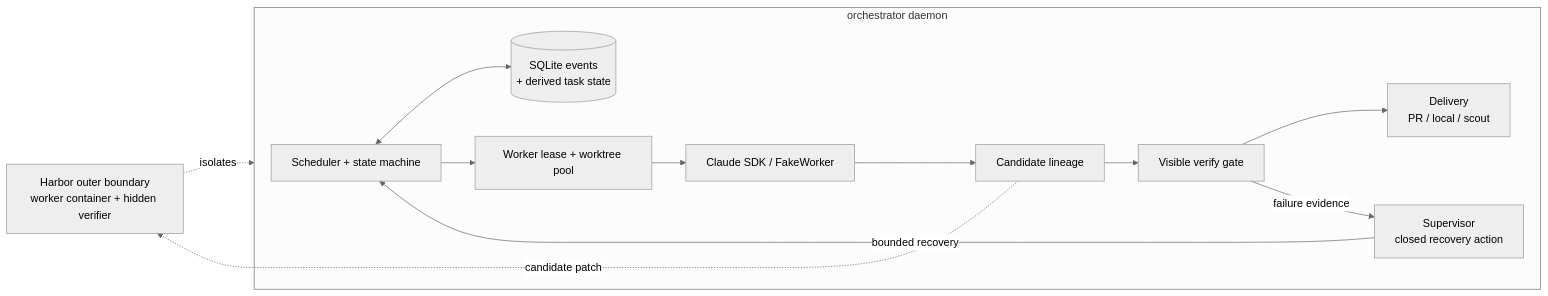
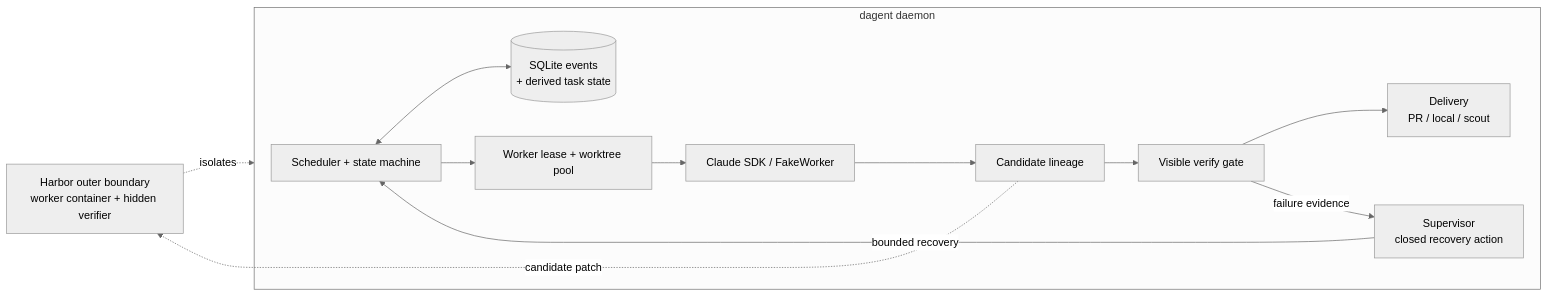
One commit to parkergurney/DAGent changed the diagram in README.md. Above: the diagram before and after it, drawn with Mermaid (neutral theme). The commit also changed other lines of this file and 130 other files, not shown here.

````diff
--- a/README.md
+++ b/README.md
@@ -36,22 +36,22 @@
 ```mermaid
 flowchart LR
     H[Harbor outer boundary<br/>worker container + hidden verifier]
 
-    subgraph O[orchestrator daemon]
+    subgraph O[dagent daemon]
         S[Scheduler + state machine]
         L[Worker lease + worktree pool]
         W[Claude SDK / FakeWorker]
         C[Candidate lineage]
         V[Visible verify gate]
         U[Supervisor<br/>closed recovery action]
         D[Delivery<br/>PR / local / scout]
         DB[(SQLite events<br/>+ derived task state)]
 
         S <--> DB
         S --> L --> W --> C --> V --> D
         V -->|failure evidence| U -->|bounded recovery| S
     end
 
     H -. isolates .-> O
     C -. candidate patch .-> H
 ```
````
